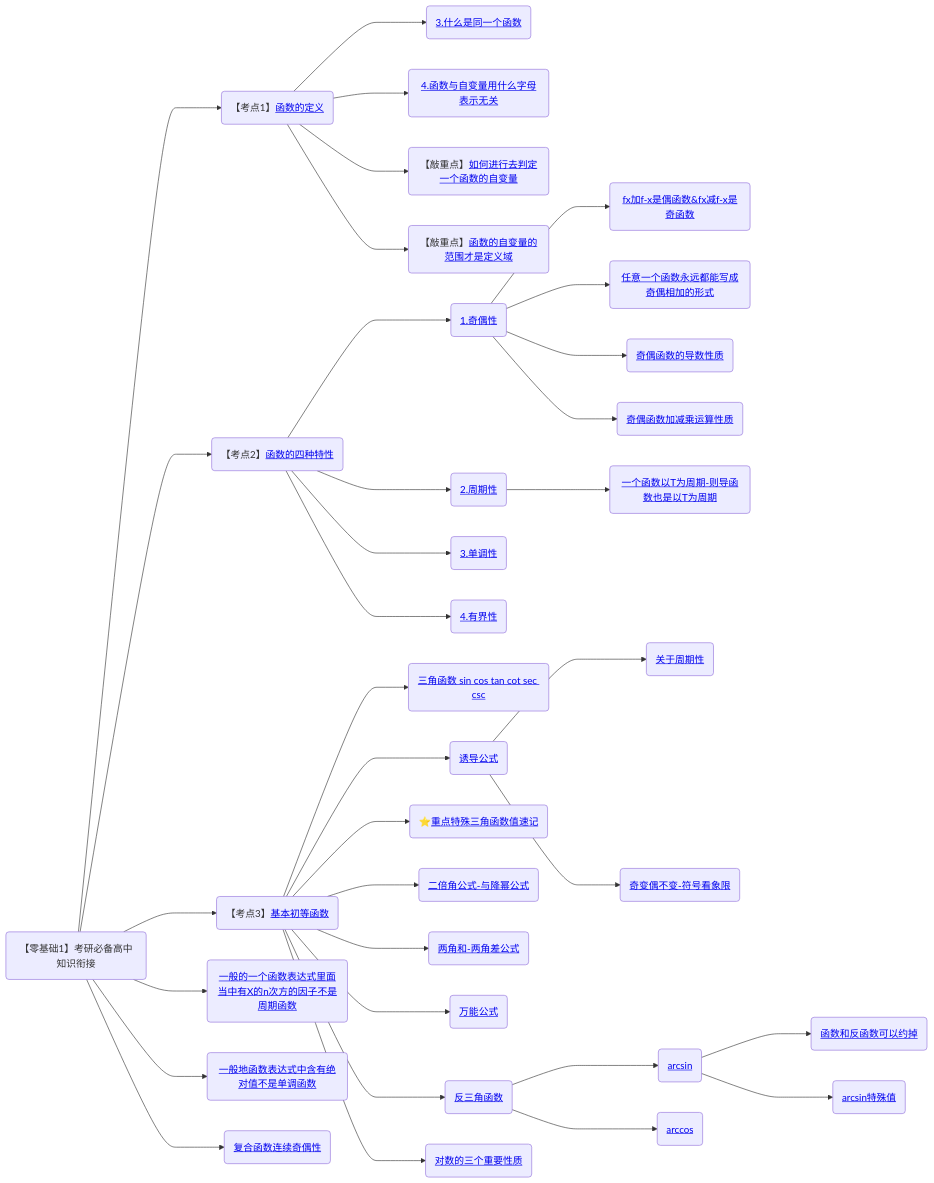
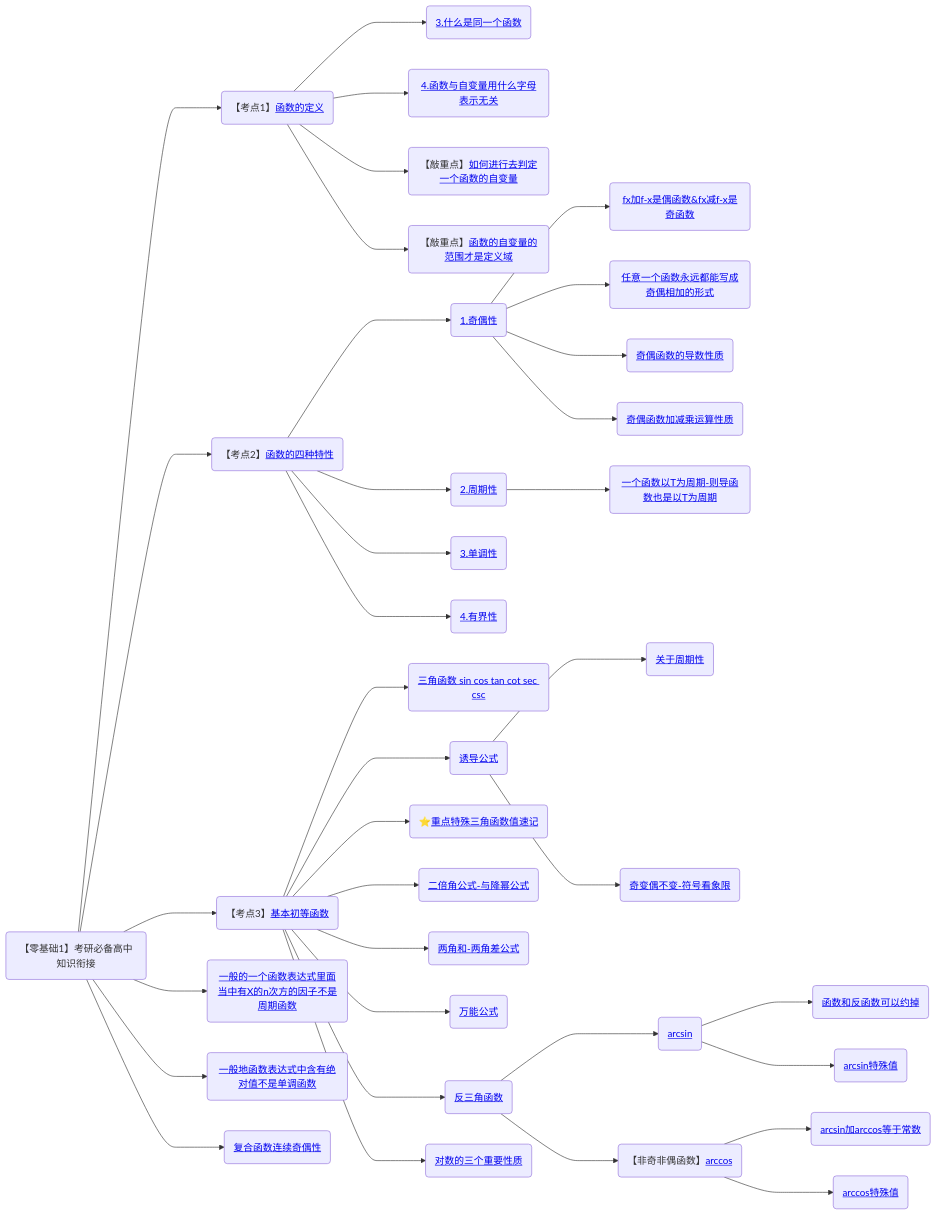
One commit to yuebinghui/note changed the second of 11 diagrams in 笔记/数学/周洋鑫/00.框架.md. Above: the diagram before and after it, drawn with Mermaid. The commit also changed 2 other files, not shown here.

Commit message:
Wed Sep 11 18:40:01 CST 2024

````diff
--- a/笔记/数学/周洋鑫/00.框架.md
+++ b/笔记/数学/周洋鑫/00.框架.md
@@ -11,50 +11,53 @@
 ```mermaid
 graph LR
 考研必备高中知识衔接(【零基础1】考研必备高中知识衔接)
 
 考研必备高中知识衔接--->函数的定义(【考点1】<a href="/Users/yuebinghui/Documents/program/github/note/笔记/数学/周洋鑫/02.零基础核心考点精讲1-1～2-1.md#函数的定义">函数的定义</>)
 函数的定义--->3.什么是同一个函数(<a href="/Users/yuebinghui/Documents/program/github/note/笔记/数学/周洋鑫/02.零基础核心考点精讲1-1～2-1.md#3.什么是同一个函数">3.什么是同一个函数</>)
 函数的定义--->4.函数与自变量用什么字母表示无关(<a href="/Users/yuebinghui/Documents/program/github/note/笔记/数学/周洋鑫/02.零基础核心考点精讲1-1～2-1.md#4.函数与自变量用什么字母表示无关">4.函数与自变量用什么字母表示无关</>)
 函数的定义--->如何进行去判定一个函数的自变量(【敲重点】<a href="/Users/yuebinghui/Documents/program/github/note/笔记/数学/周洋鑫/02.零基础核心考点精讲1-1～2-1.md#如何进行去判定一个函数的自变量">如何进行去判定一个函数的自变量</>)
 函数的定义--->函数的自变量的范围才是定义域(【敲重点】<a href="/Users/yuebinghui/Documents/program/github/note/笔记/数学/周洋鑫/02.零基础核心考点精讲1-1～2-1.md#函数的自变量的范围才是定义域">函数的自变量的范围才是定义域</>)
 
 考研必备高中知识衔接--->函数的四种特性(【考点2】<a href="/Users/yuebinghui/Documents/program/github/note/笔记/数学/周洋鑫/02.零基础核心考点精讲1-1～2-1.md#函数的四种特性">函数的四种特性</>)
 函数的四种特性--->1.奇偶性(<a href="/Users/yuebinghui/Documents/program/github/note/笔记/数学/周洋鑫/02.零基础核心考点精讲1-1～2-1.md#1.奇偶性">1.奇偶性</>)
 1.奇偶性--->fx加f-x是偶函数&fx减f-x是奇函数(<a href="/Users/yuebinghui/Documents/program/github/note/笔记/数学/周洋鑫/02.零基础核心考点精讲1-1～2-1.md#fx加f-x是偶函数&fx减f-x是奇函数">fx加f-x是偶函数&fx减f-x是奇函数</>)
 1.奇偶性--->任意一个函数永远都能写成奇偶相加的形式(<a href="/Users/yuebinghui/Documents/program/github/note/笔记/数学/周洋鑫/02.零基础核心考点精讲1-1～2-1.md#任意一个函数永远都能写成奇偶相加的形式">任意一个函数永远都能写成奇偶相加的形式</>)
 1.奇偶性--->奇偶函数的导数性质(<a href="/Users/yuebinghui/Documents/program/github/note/笔记/数学/周洋鑫/02.零基础核心考点精讲1-1～2-1.md#奇偶函数的导数性质">奇偶函数的导数性质</>)
 1.奇偶性--->奇偶函数加减乘运算性质(<a href="/Users/yuebinghui/Documents/program/github/note/笔记/数学/周洋鑫/02.零基础核心考点精讲1-1～2-1.md#奇偶函数加减乘运算性质">奇偶函数加减乘运算性质</>)
 函数的四种特性--->2.周期性(<a href="/Users/yuebinghui/Documents/program/github/note/笔记/数学/周洋鑫/02.零基础核心考点精讲1-1～2-1.md#2.周期性 ">2.周期性 </>)
 2.周期性--->一个函数以T为周期-则导函数也是以T为周期(<a href="/Users/yuebinghui/Documents/program/github/note/笔记/数学/周洋鑫/02.零基础核心考点精讲1-1～2-1.md#一个函数以T为周期-则导函数也是以T为周期">一个函数以T为周期-则导函数也是以T为周期</>)
 函数的四种特性--->3.单调性(<a href="/Users/yuebinghui/Documents/program/github/note/笔记/数学/周洋鑫/02.零基础核心考点精讲1-1～2-1.md#3.单调性">3.单调性</>)
 函数的四种特性--->4.有界性(<a href="/Users/yuebinghui/Documents/program/github/note/笔记/数学/周洋鑫/02.零基础核心考点精讲1-1～2-1.md#4.有界性">4.有界性</>)
 
 
 
 考研必备高中知识衔接--->基本初等函数(【考点3】<a href="/Users/yuebinghui/Documents/program/github/note/笔记/数学/周洋鑫/02.零基础核心考点精讲1-1～2-1.md#基本初等函数">基本初等函数</>)
 基本初等函数--->三角函数(<a href="/Users/yuebinghui/Documents/program/github/note/笔记/数学/周洋鑫/02.零基础核心考点精讲1-1～2-1.md#三角函数">三角函数 sin cos tan cot sec csc</>)
 基本初等函数--->诱导公式(<a href="/Users/yuebinghui/Documents/program/github/note/笔记/数学/周洋鑫/02.零基础核心考点精讲1-1～2-1.md#诱导公式">诱导公式</>)
 诱导公式--->关于周期性(<a href="/Users/yuebinghui/Documents/program/github/note/笔记/数学/周洋鑫/02.零基础核心考点精讲1-1～2-1.md#关于周期性">关于周期性</>)
 诱导公式--->奇变偶不变-符号看象限(<a href="/Users/yuebinghui/Documents/program/github/note/笔记/数学/周洋鑫/02.零基础核心考点精讲1-1～2-1.md#奇变偶不变-符号看象限">奇变偶不变-符号看象限</>)
 基本初等函数--->重点特殊三角函数值速记(⭐️<a href="/Users/yuebinghui/Documents/program/github/note/笔记/数学/周洋鑫/02.零基础核心考点精讲1-1～2-1.md#重点特殊三角函数值速记">重点特殊三角函数值速记</>)
 基本初等函数--->二倍角公式-与降幂公式(<a href="/Users/yuebinghui/Documents/program/github/note/笔记/数学/周洋鑫/02.零基础核心考点精讲1-1～2-1.md#二倍角公式-与降幂公式">二倍角公式-与降幂公式</>)
 基本初等函数--->两角和-两角差公式(<a href="/Users/yuebinghui/Documents/program/github/note/笔记/数学/周洋鑫/02.零基础核心考点精讲1-1～2-1.md#两角和-两角差公式">两角和-两角差公式</>)
 基本初等函数--->万能公式(<a href="/Users/yuebinghui/Documents/program/github/note/笔记/数学/周洋鑫/02.零基础核心考点精讲1-1～2-1.md#万能公式">万能公式</>)
 基本初等函数--->反三角函数(<a href="/Users/yuebinghui/Documents/program/github/note/笔记/数学/周洋鑫/02.零基础核心考点精讲1-1～2-1.md#反三角函数">反三角函数</>)
 反三角函数--->arcsin(<a href="/Users/yuebinghui/Documents/program/github/note/笔记/数学/周洋鑫/02.零基础核心考点精讲1-1～2-1.md#arcsin">arcsin</>)
 arcsin--->函数和反函数可以约掉(<a href="/Users/yuebinghui/Documents/program/github/note/笔记/数学/周洋鑫/02.零基础核心考点精讲1-1～2-1.md#函数和反函数可以约掉">函数和反函数可以约掉</>)
 arcsin--->arcsin特殊值(<a href="/Users/yuebinghui/Documents/program/github/note/笔记/数学/周洋鑫/02.零基础核心考点精讲1-1～2-1.md#arcsin特殊值">arcsin特殊值</>)
-反三角函数--->arccos(<a href="/Users/yuebinghui/Documents/program/github/note/笔记/数学/周洋鑫/02.零基础核心考点精讲1-1～2-1.md#arccos">arccos</>)
+反三角函数--->arccos(【非奇非偶函数】<a href="/Users/yuebinghui/Documents/program/github/note/笔记/数学/周洋鑫/02.零基础核心考点精讲1-1～2-1.md#arccos">arccos</>)
+arccos--->arcsin加arccos等于常数(<a href="/Users/yuebinghui/Documents/program/github/note/笔记/数学/周洋鑫/02.零基础核心考点精讲1-1～2-1.md#arcsin加arccos等于常数">arcsin加arccos等于常数</>)
+arccos--->arccos特殊值(<a href="/Users/yuebinghui/Documents/program/github/note/笔记/数学/周洋鑫/02.零基础核心考点精讲1-1～2-1.md#arccos特殊值">arccos特殊值</>)
 
 基本初等函数--->对数的三个重要性质(<a href="/Users/yuebinghui/Documents/program/github/note/笔记/数学/周洋鑫/02.零基础核心考点精讲1-1～2-1.md#对数的三个重要性质">对数的三个重要性质</>)
+
 
 
 
 
 
 考研必备高中知识衔接--->一般的一个函数表达式里面当中有X的n次方的因子不是周期函数(<a href="/Users/yuebinghui/Documents/program/github/note/笔记/数学/周洋鑫/04.零基础核心考点精讲3-2.md#一般的一个函数表达式里面当中有X的n次方的因子不是周期函数">一般的一个函数表达式里面当中有X的n次方的因子不是周期函数</>)
 考研必备高中知识衔接--->一般地函数表达式中含有绝对值不是单调函数(<a href="/Users/yuebinghui/Documents/program/github/note/笔记/数学/周洋鑫/04.零基础核心考点精讲3-2.md#一般地函数表达式中含有绝对值不是单调函数">一般地函数表达式中含有绝对值不是单调函数</>)
 考研必备高中知识衔接--->复合函数连续奇偶性(<a href="/Users/yuebinghui/Documents/program/github/note/笔记/数学/周洋鑫/05.1.零基础核心考点精讲4-2.md#复合函数连续奇偶性">复合函数连续奇偶性</>)
 
 
 ```
````
